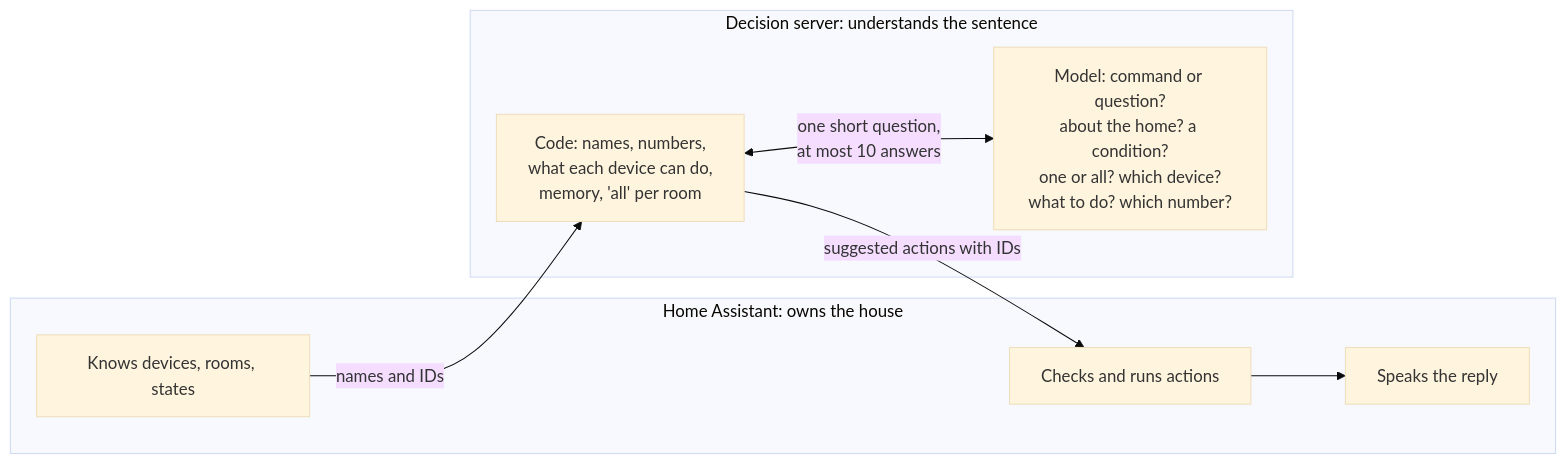
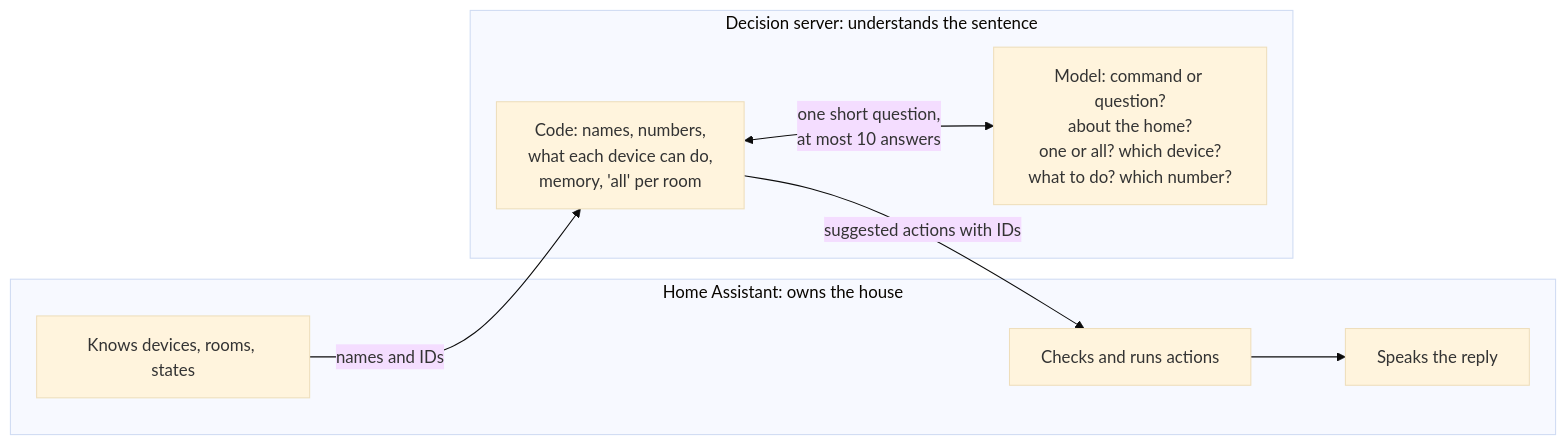
One commit to d00kIe/assist-decider changed the fifth of 5 diagrams in HOW-IT-WORKS.md. Above: the diagram before and after it, drawn with Mermaid (base theme). The commit also changed other lines of this file and 9 other files, not shown here.

First line of the commit message:
Remove conditions; the "about the home?" answer lists the home's devices

````diff
--- a/HOW-IT-WORKS.md
+++ b/HOW-IT-WORKS.md
@@ -397,16 +395,16 @@
 ```mermaid
 flowchart LR
     subgraph HA["Home Assistant: owns the house"]
         H1["Knows devices, rooms, states"]
         H2["Checks and runs actions"]
         H3["Speaks the reply"]
     end
     subgraph SRV["Decision server: understands the sentence"]
         S1["Code: names, numbers,<br/>what each device can do,<br/>memory, 'all' per room"]
-        S2["Model: command or question?<br/>about the home? a condition?<br/>one or all? which device?<br/>what to do? which number?"]
+        S2["Model: command or question?<br/>about the home?<br/>one or all? which device?<br/>what to do? which number?"]
     end
     H1 -- "names and IDs" --> S1
     S1 <-->|"one short question,<br/>at most 10 answers"| S2
     S1 -- "suggested actions with IDs" --> H2
     H2 --> H3
 ```
````
